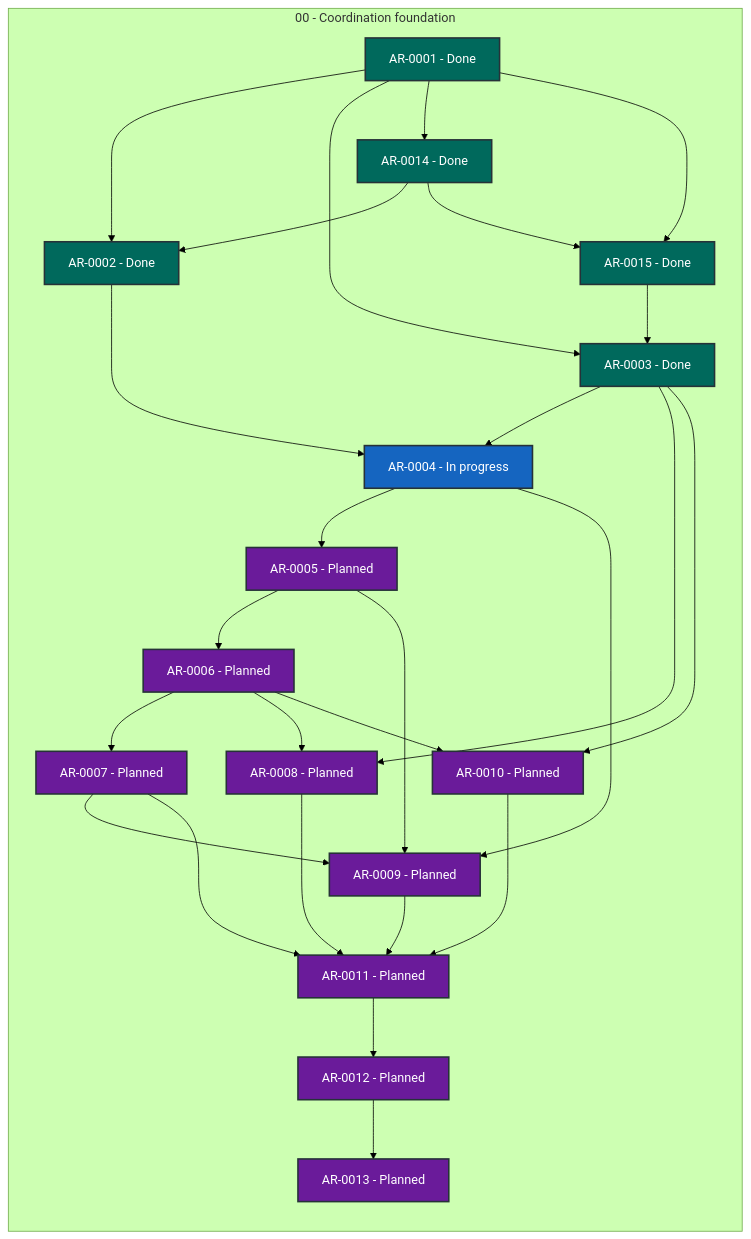
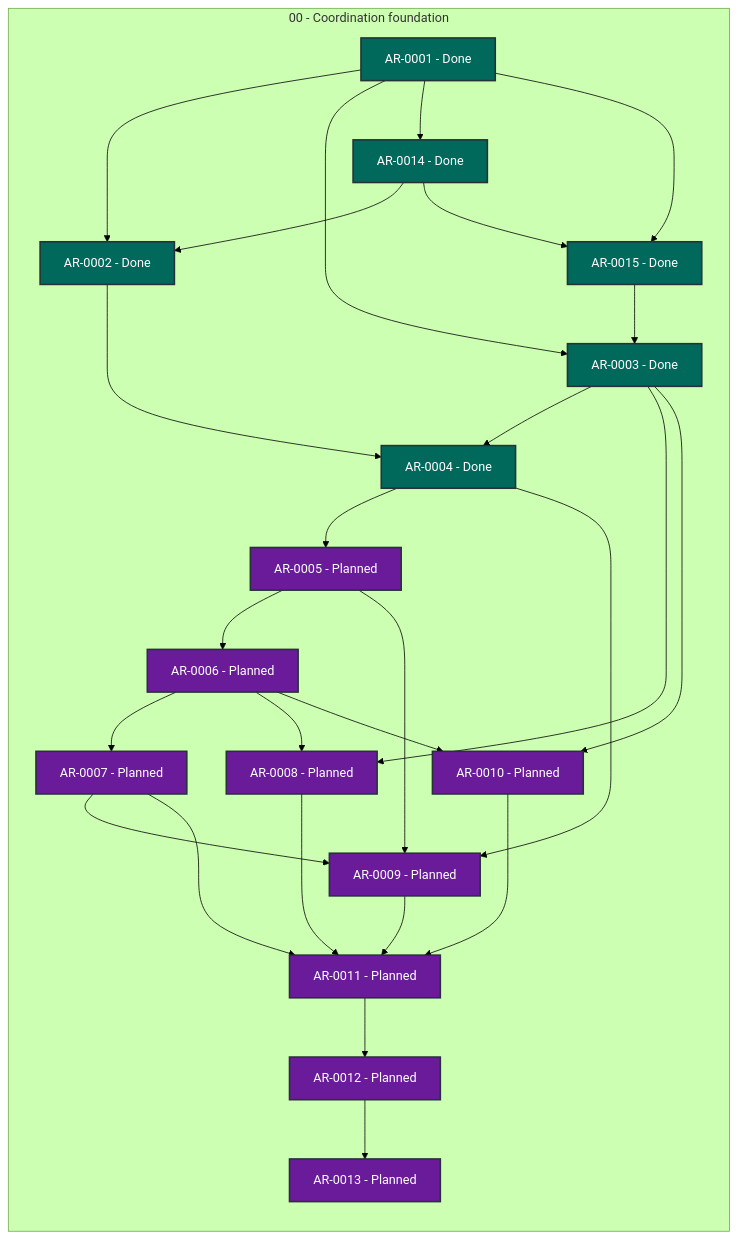
The diagram in STATUS.md (martin-beck/agent-workflow-tui-state), drawn with Mermaid (forest theme) before and after one commit. The commit also changed other lines of this file and 2 other files, not shown here.

````diff
--- a/STATUS.md
+++ b/STATUS.md
@@ -27,54 +27,54 @@
 ```mermaid
 flowchart LR
     subgraph series_00["00 - Coordination foundation"]
         direction TB
         AR_0001["AR-0001 - Done"]:::status_done
         AR_0002["AR-0002 - Done"]:::status_done
         AR_0003["AR-0003 - Done"]:::status_done
-        AR_0004["AR-0004 - In progress"]:::status_in_progress
+        AR_0004["AR-0004 - Done"]:::status_done
         AR_0005["AR-0005 - Planned"]:::status_planned
         AR_0006["AR-0006 - Planned"]:::status_planned
         AR_0007["AR-0007 - Planned"]:::status_planned
         AR_0008["AR-0008 - Planned"]:::status_planned
         AR_0009["AR-0009 - Planned"]:::status_planned
         AR_0010["AR-0010 - Planned"]:::status_planned
         AR_0011["AR-0011 - Planned"]:::status_planned
         AR_0012["AR-0012 - Planned"]:::status_planned
         AR_0013["AR-0013 - Planned"]:::status_planned
         AR_0014["AR-0014 - Done"]:::status_done
         AR_0015["AR-0015 - Done"]:::status_done
     end
     AR_0001 --> AR_0002
     AR_0001 --> AR_0003
     AR_0001 --> AR_0014
     AR_0001 --> AR_0015
     AR_0002 --> AR_0004
     AR_0003 --> AR_0004
     AR_0003 --> AR_0008
     AR_0003 --> AR_0010
     AR_0004 --> AR_0005
     AR_0004 --> AR_0009
     AR_0005 --> AR_0006
     AR_0005 --> AR_0009
     AR_0006 --> AR_0007
     AR_0006 --> AR_0008
     AR_0006 --> AR_0010
     AR_0007 --> AR_0009
     AR_0007 --> AR_0011
     AR_0008 --> AR_0011
     AR_0009 --> AR_0011
     AR_0010 --> AR_0011
     AR_0011 --> AR_0012
     AR_0012 --> AR_0013
     AR_0014 --> AR_0002
     AR_0014 --> AR_0015
     AR_0015 --> AR_0003
     classDef status_in_progress fill:#1565c0,color:#ffffff,stroke:#263238,stroke-width:2px
     classDef status_open fill:#2e7d32,color:#ffffff,stroke:#263238,stroke-width:2px
     classDef status_blocked fill:#c62828,color:#ffffff,stroke:#263238,stroke-width:2px
     classDef status_planned fill:#6a1b9a,color:#ffffff,stroke:#263238,stroke-width:2px
     classDef status_future fill:#455a64,color:#ffffff,stroke:#263238,stroke-width:2px
     classDef status_done fill:#00695c,color:#ffffff,stroke:#263238,stroke-width:2px
     classDef status_cancelled fill:#616161,color:#ffffff,stroke:#263238,stroke-width:2px
     classDef status_superseded fill:#5d4037,color:#ffffff,stroke:#263238,stroke-width:2px
 ```
````
